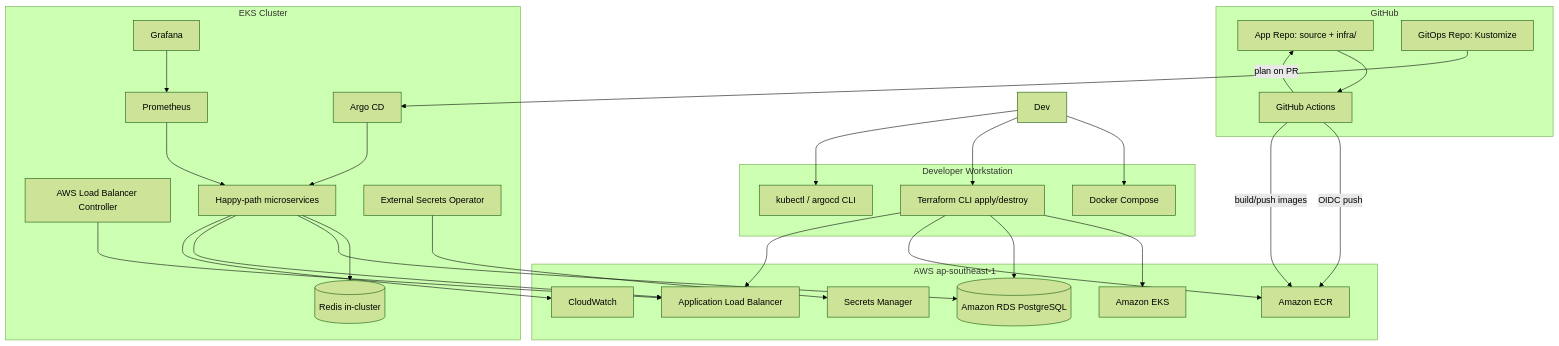
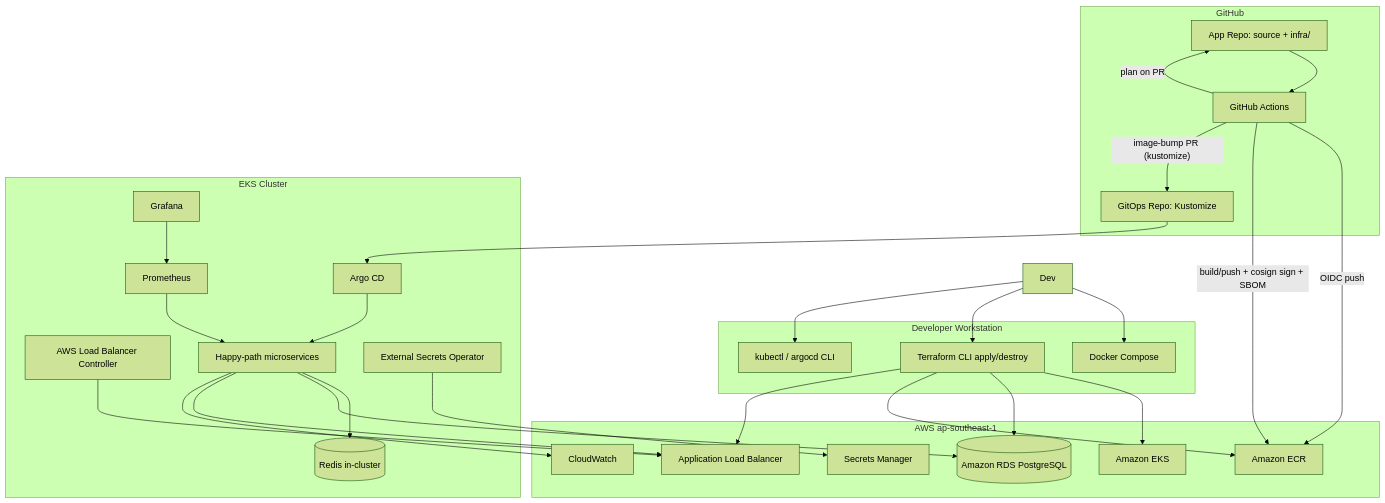
One commit to VoAnhKiet1410/mini-ecommerce-devops changed the diagram in docs/architecture.md. Above: the diagram before and after it, drawn with Mermaid (forest theme). The commit also changed other lines of this file and 8 other files, not shown here.

First line of the commit message:
ci: Tier 1 upgrade — Infracost, GitOps image-bump PR, cosign/SBOM supply chain

````diff
--- a/docs/architecture.md
+++ b/docs/architecture.md
@@ -7,55 +7,56 @@
 ```mermaid
 flowchart TB
   subgraph dev["Developer Workstation"]
     DC[Docker Compose]
     TFLocal[Terraform CLI apply/destroy]
     kubectl[kubectl / argocd CLI]
   end
 
   subgraph gh["GitHub"]
     AppRepo[App Repo: source + infra/]
     GitOpsRepo[GitOps Repo: Kustomize]
     GHA[GitHub Actions]
   end
 
   subgraph aws["AWS ap-southeast-1"]
     ECR[Amazon ECR]
     EKS[Amazon EKS]
     RDS[(Amazon RDS PostgreSQL)]
     SM[Secrets Manager]
     ALB[Application Load Balancer]
     CW[CloudWatch]
   end
 
   subgraph eks["EKS Cluster"]
     Argo[Argo CD]
     ALBC[AWS Load Balancer Controller]
     Apps[Happy-path microservices]
     Redis[(Redis in-cluster)]
     Prom[Prometheus]
     Graf[Grafana]
     ESO[External Secrets Operator]
   end
 
   Dev --> DC
   Dev --> TFLocal
   Dev --> kubectl
   AppRepo --> GHA
   GHA -->|OIDC push| ECR
   GHA -->|plan on PR| AppRepo
-  GHA -->|build/push images| ECR
+  GHA -->|"build/push + cosign sign + SBOM"| ECR
+  GHA -->|"image-bump PR (kustomize)"| GitOpsRepo
   GitOpsRepo --> Argo
   Argo --> Apps
   TFLocal --> EKS
   TFLocal --> RDS
   TFLocal --> ECR
   TFLocal --> ALB
   ESO --> SM
   Apps --> Redis
   Apps --> RDS
   ALBC --> ALB
   Apps --> ALB
   Apps --> CW
   Prom --> Apps
   Graf --> Prom
 ```
````
